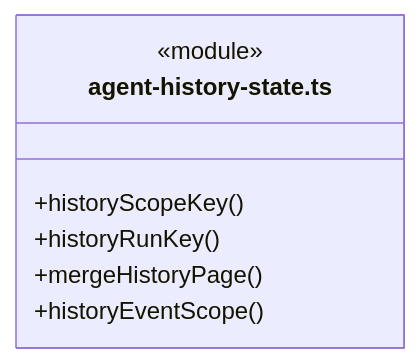
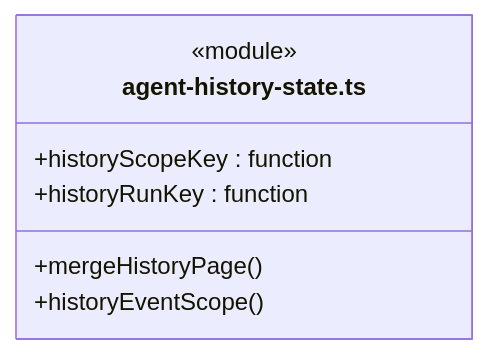
Before and after one commit to nan023062/cbim: the first of 29 diagrams in src/view/team/ARCHITECTURE.md, drawn with Mermaid. The commit also changed other lines of this file and 137 other files, not shown here.

Commit message:
fix: align architecture generator with documentation standards

````diff
--- a/src/view/team/ARCHITECTURE.md
+++ b/src/view/team/ARCHITECTURE.md
@@ -169,10 +171,10 @@
 ```mermaid
 classDiagram
 class N_src_view_team_agent_history_state_ts["agent-history-state.ts"] {
   <<module>>
-  +historyScopeKey()
-  +historyRunKey()
   +mergeHistoryPage()
   +historyEventScope()
+  +historyScopeKey : function
+  +historyRunKey : function
 }
 ```
````
